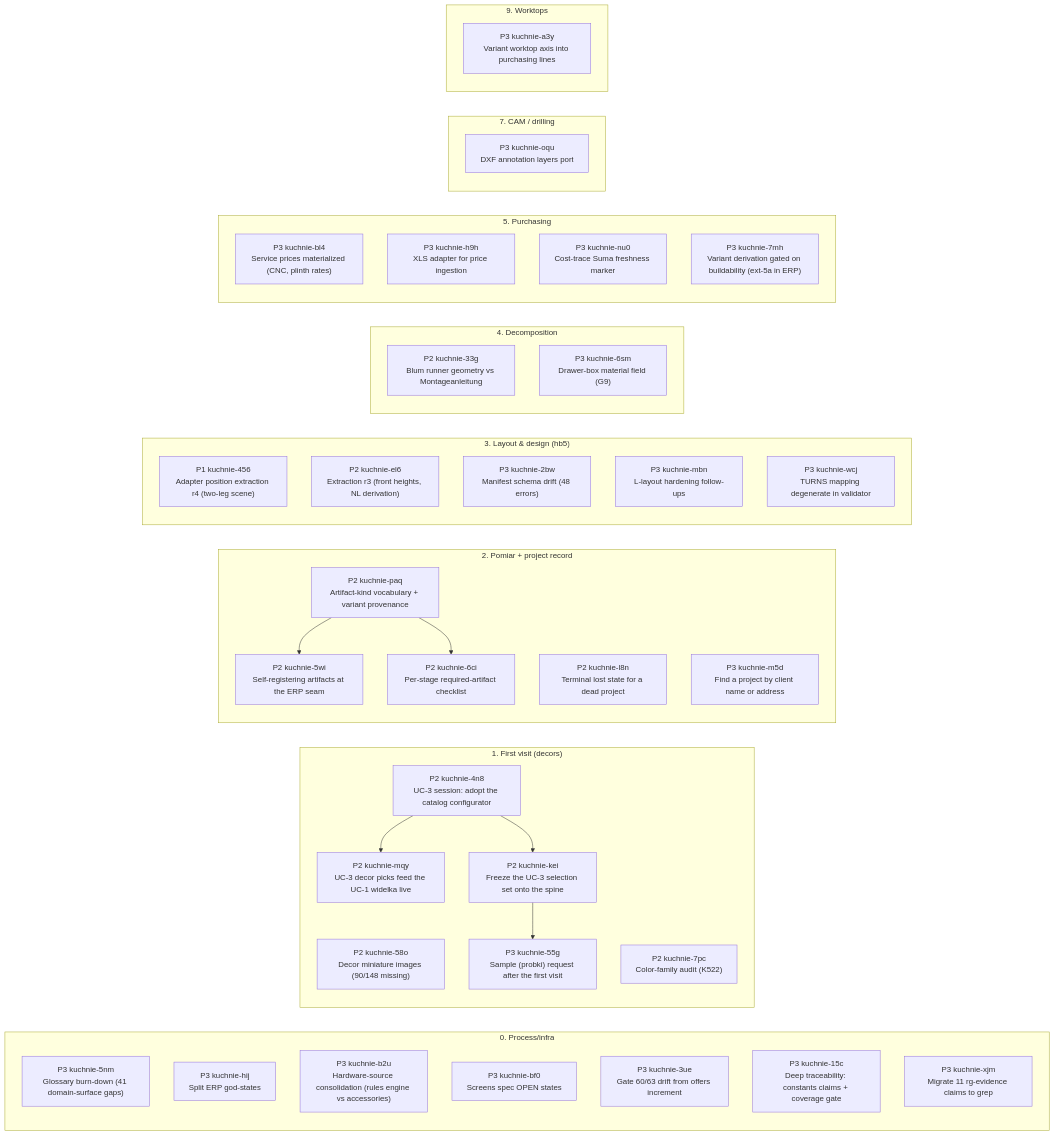
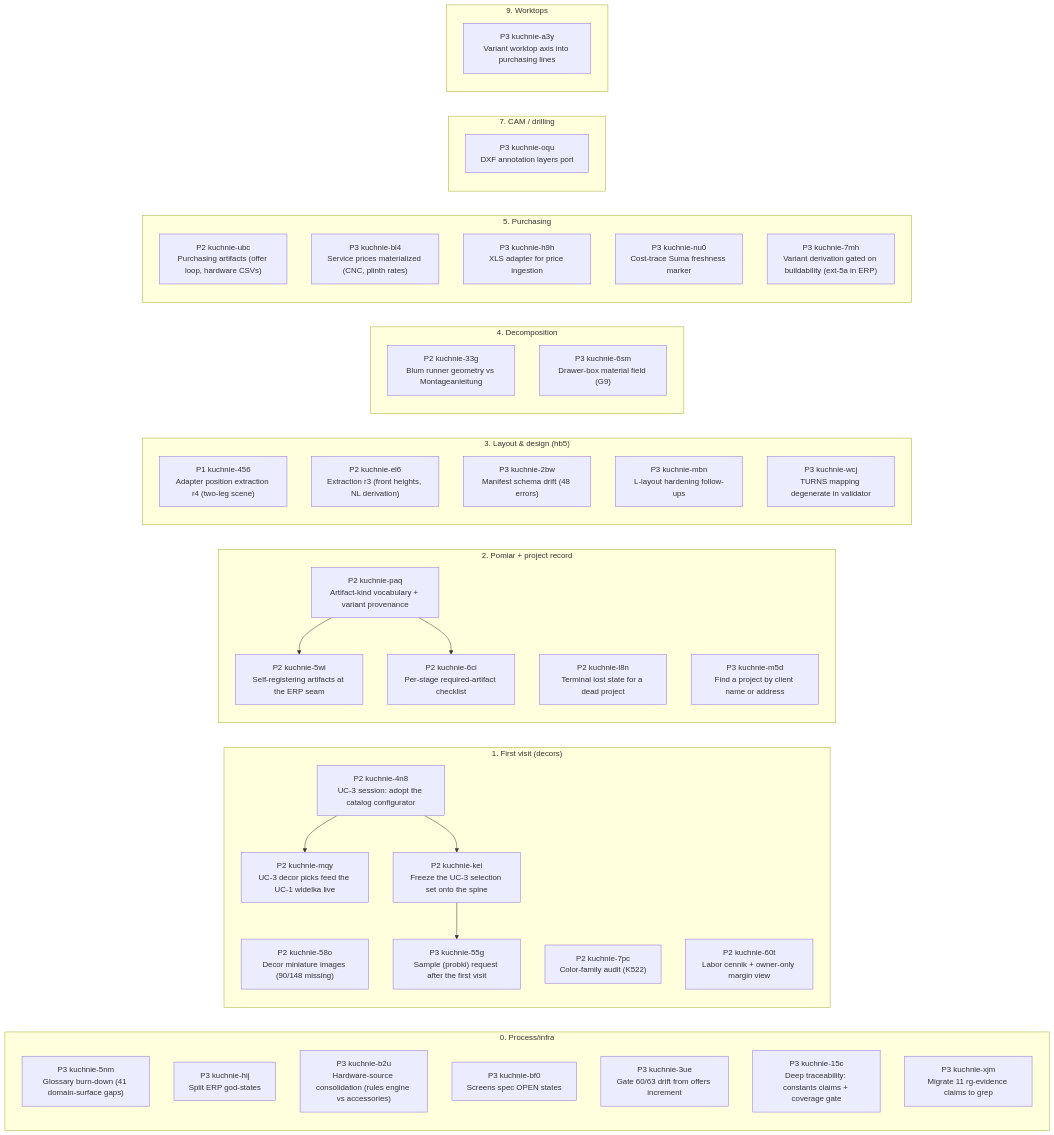
Before and after one commit to m1981/kuchnie: the first of 2 diagrams in STATUS.md, drawn with Mermaid. The commit also changed other lines of this file and 2 other files, not shown here.

````diff
--- a/STATUS.md
+++ b/STATUS.md
@@ -140,55 +146,57 @@
 ```mermaid
 flowchart LR
     subgraph s0 ["0. Process/infra"]
         kuchnie_5nm["P3 kuchnie-5nm<br/>Glossary burn-down (41 domain-surface gaps)"]
         kuchnie_hij["P3 kuchnie-hij<br/>Split ERP god-states"]
         kuchnie_b2u["P3 kuchnie-b2u<br/>Hardware-source consolidation (rules engine vs accessories)"]
         kuchnie_bf0["P3 kuchnie-bf0<br/>Screens spec OPEN states"]
         kuchnie_3ue["P3 kuchnie-3ue<br/>Gate 60/63 drift from offers increment"]
         kuchnie_15c["P3 kuchnie-15c<br/>Deep traceability: constants claims + coverage gate"]
         kuchnie_xjm["P3 kuchnie-xjm<br/>Migrate 11 rg-evidence claims to grep"]
     end
     subgraph s1 ["1. First visit (decors)"]
         kuchnie_58o["P2 kuchnie-58o<br/>Decor miniature images (90/148 missing)"]
         kuchnie_7pc["P2 kuchnie-7pc<br/>Color-family audit (K522)"]
         kuchnie_4n8["P2 kuchnie-4n8<br/>UC-3 session: adopt the catalog configurator"]
         kuchnie_kei["P2 kuchnie-kei<br/>Freeze the UC-3 selection set onto the spine"]
         kuchnie_mqy["P2 kuchnie-mqy<br/>UC-3 decor picks feed the UC-1 widelka live"]
+        kuchnie_60t["P2 kuchnie-60t<br/>Labor cennik + owner-only margin view"]
         kuchnie_55g["P3 kuchnie-55g<br/>Sample (probki) request after the first visit"]
     end
     subgraph s2 ["2. Pomiar + project record"]
         kuchnie_paq["P2 kuchnie-paq<br/>Artifact-kind vocabulary + variant provenance"]
         kuchnie_6ci["P2 kuchnie-6ci<br/>Per-stage required-artifact checklist"]
         kuchnie_5wi["P2 kuchnie-5wi<br/>Self-registering artifacts at the ERP seam"]
         kuchnie_l8n["P2 kuchnie-l8n<br/>Terminal lost state for a dead project"]
         kuchnie_m5d["P3 kuchnie-m5d<br/>Find a project by client name or address"]
     end
     subgraph s3 ["3. Layout & design (hb5)"]
         kuchnie_456["P1 kuchnie-456<br/>Adapter position extraction r4 (two-leg scene)"]
         kuchnie_el6["P2 kuchnie-el6<br/>Extraction r3 (front heights, NL derivation)"]
         kuchnie_2bw["P3 kuchnie-2bw<br/>Manifest schema drift (48 errors)"]
         kuchnie_mbn["P3 kuchnie-mbn<br/>L-layout hardening follow-ups"]
         kuchnie_wcj["P3 kuchnie-wcj<br/>TURNS mapping degenerate in validator"]
     end
     subgraph s4 ["4. Decomposition"]
         kuchnie_33g["P2 kuchnie-33g<br/>Blum runner geometry vs Montageanleitung"]
         kuchnie_6sm["P3 kuchnie-6sm<br/>Drawer-box material field (G9)"]
     end
     subgraph s5 ["5. Purchasing"]
+        kuchnie_ubc["P2 kuchnie-ubc<br/>Purchasing artifacts (offer loop, hardware CSVs)"]
         kuchnie_bl4["P3 kuchnie-bl4<br/>Service prices materialized (CNC, plinth rates)"]
         kuchnie_h9h["P3 kuchnie-h9h<br/>XLS adapter for price ingestion"]
         kuchnie_nu0["P3 kuchnie-nu0<br/>Cost-trace Suma freshness marker"]
         kuchnie_7mh["P3 kuchnie-7mh<br/>Variant derivation gated on buildability (ext-5a in ERP)"]
     end
     subgraph s7 ["7. CAM / drilling"]
         kuchnie_oqu["P3 kuchnie-oqu<br/>DXF annotation layers port"]
     end
     subgraph s9 ["9. Worktops"]
         kuchnie_a3y["P3 kuchnie-a3y<br/>Variant worktop axis into purchasing lines"]
     end
     kuchnie_paq --> kuchnie_5wi
     kuchnie_paq --> kuchnie_6ci
     kuchnie_4n8 --> kuchnie_mqy
     kuchnie_4n8 --> kuchnie_kei
     kuchnie_kei --> kuchnie_55g
 ```
````
